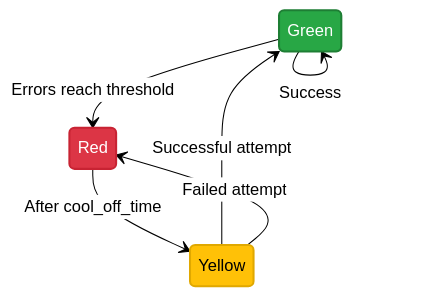
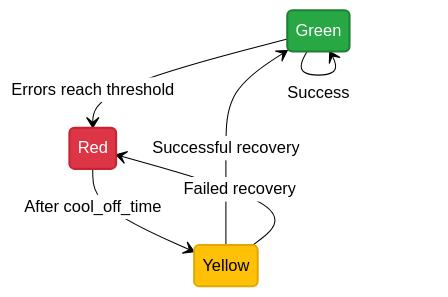
The diagram in README.md (bolshakov/stoplight), drawn with Mermaid (neutral theme) before and after one commit. The commit also changed other lines of this file and 14 other files, not shown here.

````diff
--- a/README.md
+++ b/README.md
@@ -42,16 +42,16 @@
 ```mermaid
 stateDiagram
     Green --> Red: Errors reach threshold
     Red --> Yellow: After cool_off_time
-    Yellow --> Green: Successful attempt
-    Yellow --> Red: Failed attempt
+    Yellow --> Green: Successful recovery
+    Yellow --> Red: Failed recovery
     Green --> Green: Success
     
     classDef greenState fill:#28a745,stroke:#1e7e34,stroke-width:2px,color:#fff
     classDef redState fill:#dc3545,stroke:#c82333,stroke-width:2px,color:#fff
     classDef yellowState fill:#ffc107,stroke:#e0a800,stroke-width:2px,color:#000
     
     class Green greenState
     class Red redState
     class Yellow yellowState
 ```
````
